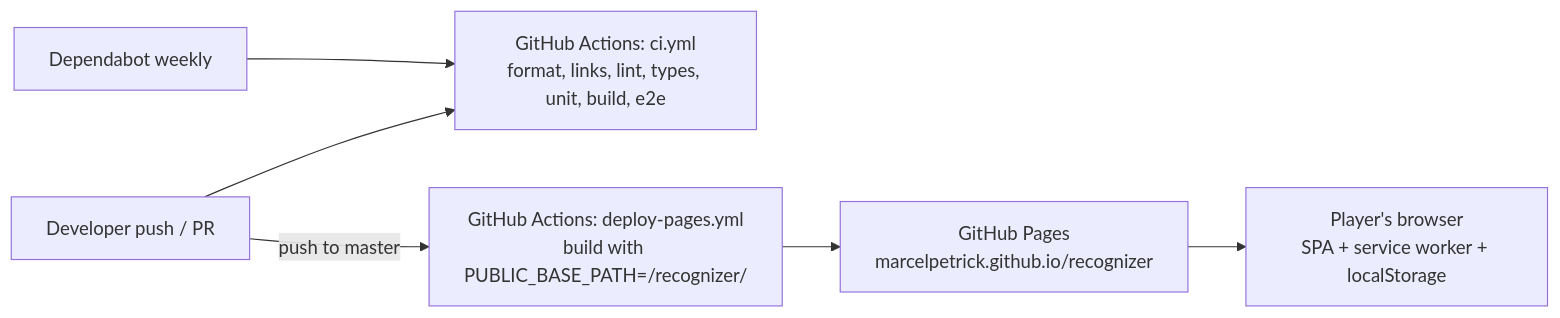
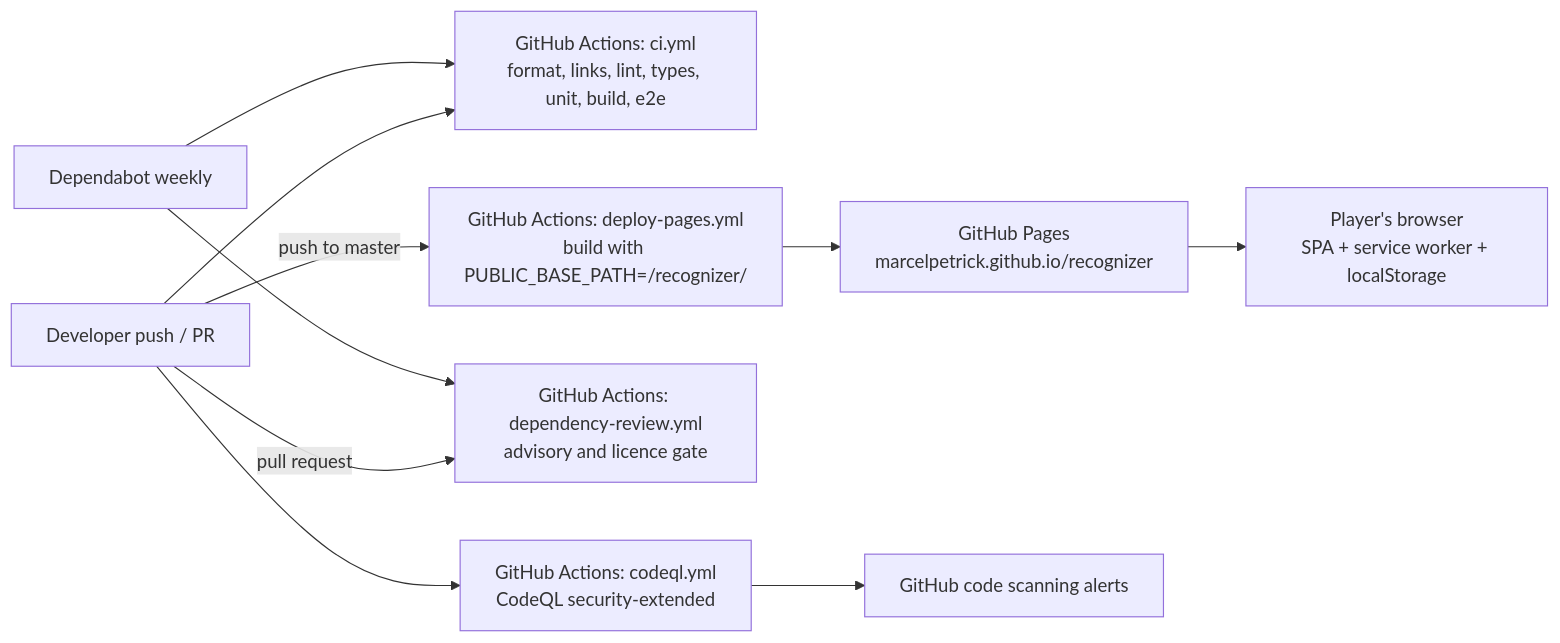
Before and after one commit to marcelpetrick/recognizer: the sixth of 6 diagrams in documents/C4_architecture.md, drawn with Mermaid. The commit also changed 3 other files, not shown here.

````diff
--- a/documents/C4_architecture.md
+++ b/documents/C4_architecture.md
@@ -142,8 +142,12 @@
 ```mermaid
 flowchart LR
   Dev[Developer push / PR] --> CI[GitHub Actions: ci.yml<br>format, links, lint, types, unit, build, e2e]
+  Dev --> Scan[GitHub Actions: codeql.yml<br>CodeQL security-extended]
+  Dev -->|pull request| Review[GitHub Actions: dependency-review.yml<br>advisory and licence gate]
   Dev -->|push to master| Deploy[GitHub Actions: deploy-pages.yml<br>build with PUBLIC_BASE_PATH=/recognizer/]
   Deploy --> Pages[GitHub Pages<br>marcelpetrick.github.io/recognizer]
   Pages --> Browser[Player's browser<br>SPA + service worker + localStorage]
+  Scan --> Alerts[GitHub code scanning alerts]
   Dependabot[Dependabot weekly] --> CI
+  Dependabot --> Review
 ```
````
